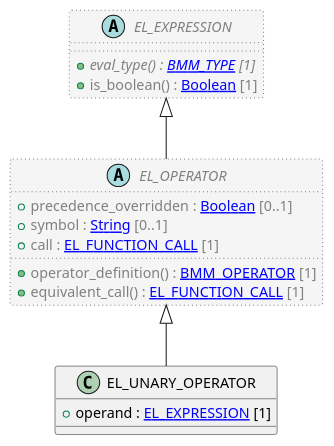
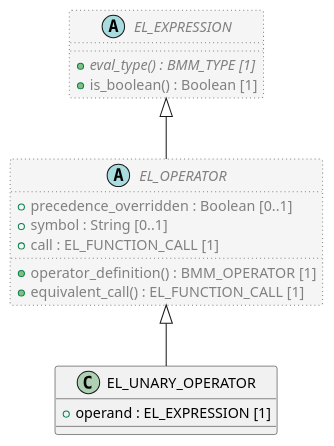
One commit to sebastian-iancu/code-generator changed the diagram in code/Adoc/openehr_lang_1.1.0/plantUML/classes/el_unary_operator.adoc. Above: the diagram before and after it, drawn with PlantUML. The commit also changed 3812 other files, not shown here.

```diff
--- a/code/Adoc/openehr_lang_1.1.0/plantUML/classes/el_unary_operator.adoc
+++ b/code/Adoc/openehr_lang_1.1.0/plantUML/classes/el_unary_operator.adoc
@@ -1,28 +1,28 @@
-[plantuml,EL_UNARY_OPERATOR,format=svg,opts=inline]
+[plantuml,EL_UNARY_OPERATOR,format=svg]
 -----
 @startuml
 
 class EL_UNARY_OPERATOR {
-  + operand : [[https://specifications.openehr.org/classes/EL_EXPRESSION EL_EXPRESSION]] [1]
+  + operand : EL_EXPRESSION [1]
 }
 
 abstract class EL_OPERATOR  #whitesmoke;line:gray;line.dotted;text:gray {
-  + precedence_overridden : [[https://specifications.openehr.org/classes/Boolean Boolean]] [0..1]
-  + symbol : [[https://specifications.openehr.org/classes/String String]] [0..1]
-  + call : [[https://specifications.openehr.org/classes/EL_FUNCTION_CALL EL_FUNCTION_CALL]] [1]
-  + operator_definition() : [[https://specifications.openehr.org/classes/BMM_OPERATOR BMM_OPERATOR]] [1]
-  + equivalent_call() : [[https://specifications.openehr.org/classes/EL_FUNCTION_CALL EL_FUNCTION_CALL]] [1]
+  + precedence_overridden : Boolean [0..1]
+  + symbol : String [0..1]
+  + call : EL_FUNCTION_CALL [1]
+  + operator_definition() : BMM_OPERATOR [1]
+  + equivalent_call() : EL_FUNCTION_CALL [1]
 }
 
 abstract class EL_EXPRESSION  #whitesmoke;line:gray;line.dotted;text:gray {
-  + {abstract} eval_type() : [[https://specifications.openehr.org/classes/BMM_TYPE BMM_TYPE]] [1]
-  + is_boolean() : [[https://specifications.openehr.org/classes/Boolean Boolean]] [1]
+  + {abstract} eval_type() : BMM_TYPE [1]
+  + is_boolean() : Boolean [1]
 }
 
 EL_EXPRESSION <|-- EL_OPERATOR
 
 EL_OPERATOR <|-- EL_UNARY_OPERATOR
 
 
 @enduml
 -----
```
